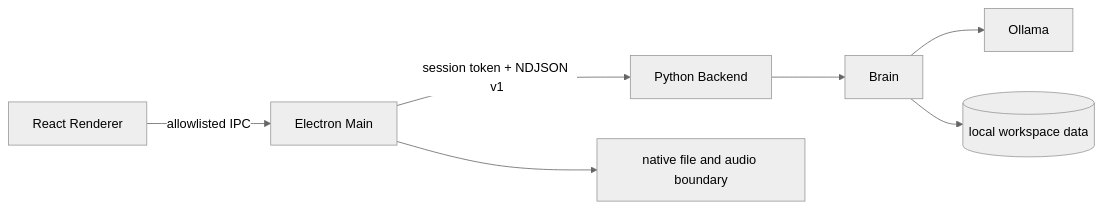
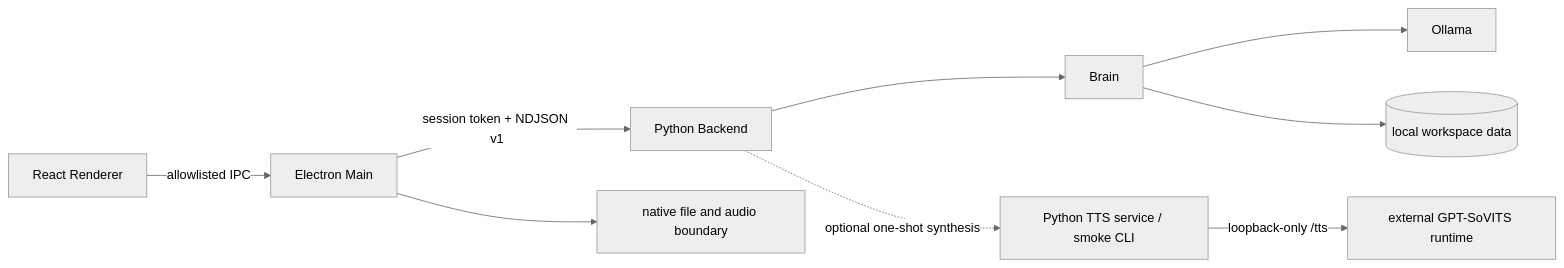
One commit to ActorF/Elysia_AI changed the diagram in README.en.md. Above: the diagram before and after it, drawn with Mermaid (neutral theme). The commit also changed other lines of this file and 5 other files, not shown here.

````diff
--- a/README.en.md
+++ b/README.en.md
@@ -67,9 +68,11 @@
 ```mermaid
 flowchart LR
     R[React Renderer] -->|allowlisted IPC| E[Electron Main]
     E -->|session token + NDJSON v1| P[Python Backend]
     P --> B[Brain]
     B --> O[Ollama]
     B --> D[(local workspace data)]
+    P -. optional one-shot synthesis .-> T[Python TTS service / smoke CLI]
+    T -->|loopback-only /tts| G[external GPT-SoVITS runtime]
     E --> H[native file and audio boundary]
 ```
````
